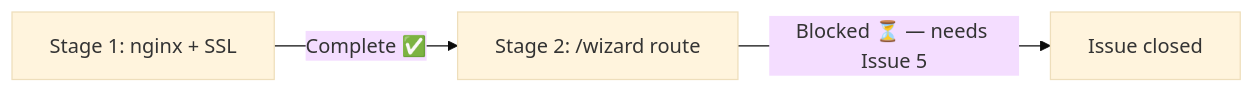
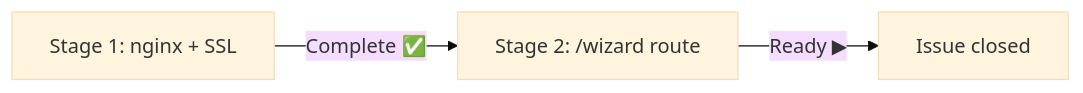
The diagram in docs/proposals/epic-1-four-t-initial-release/child-8-phase-6-demo/progress.md (A1eksMa/four-t), drawn with Mermaid (base theme) before and after one commit. The commit also changed other lines of this file and 9 other files, not shown here.

````diff
--- a/docs/proposals/epic-1-four-t-initial-release/child-8-phase-6-demo/progress.md
+++ b/docs/proposals/epic-1-four-t-initial-release/child-8-phase-6-demo/progress.md
@@ -7,5 +7,5 @@
 ```mermaid
 graph LR
     S1[Stage 1: nginx + SSL] -->|Complete ✅| S2[Stage 2: /wizard route]
-    S2 -->|Blocked ⏳ — needs Issue 5| DONE[Issue closed]
+    S2 -->|Ready ▶| DONE[Issue closed]
 ```
````
